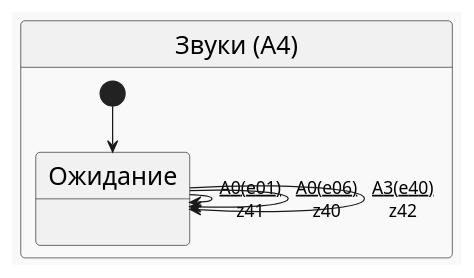
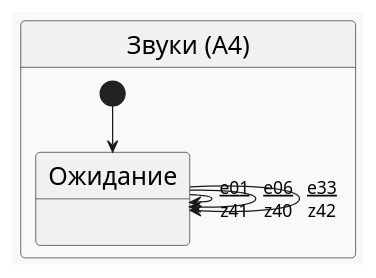
Before and after one commit to PhoenixNazarov/fsm-multiply: the diagram in articles/multiply_many_nested/puml/a4.puml, drawn with PlantUML. The commit also changed 12 other files, not shown here.

```diff
--- a/articles/multiply_many_nested/puml/a4.puml
+++ b/articles/multiply_many_nested/puml/a4.puml
@@ -1,12 +1,12 @@
 @startuml
 !theme mars
 skinparam stateFontSize 20
 skinparam arrowFontSize 14
 state "Звуки (A4)" as A4 {
     [*] --> A40
     state "Ожидание" as A40 : 
-    A40 --> A40 : <u>A0(e01)\nz41
-    A40 --> A40 : <u>A0(e06)\nz40
-    A40 --> A40 : <u>A3(e40)\nz42
+    A40 --> A40 : <u>e01\nz41
+    A40 --> A40 : <u>e06\nz40
+    A40 --> A40 : <u>e33\nz42
 }
 @enduml
```
